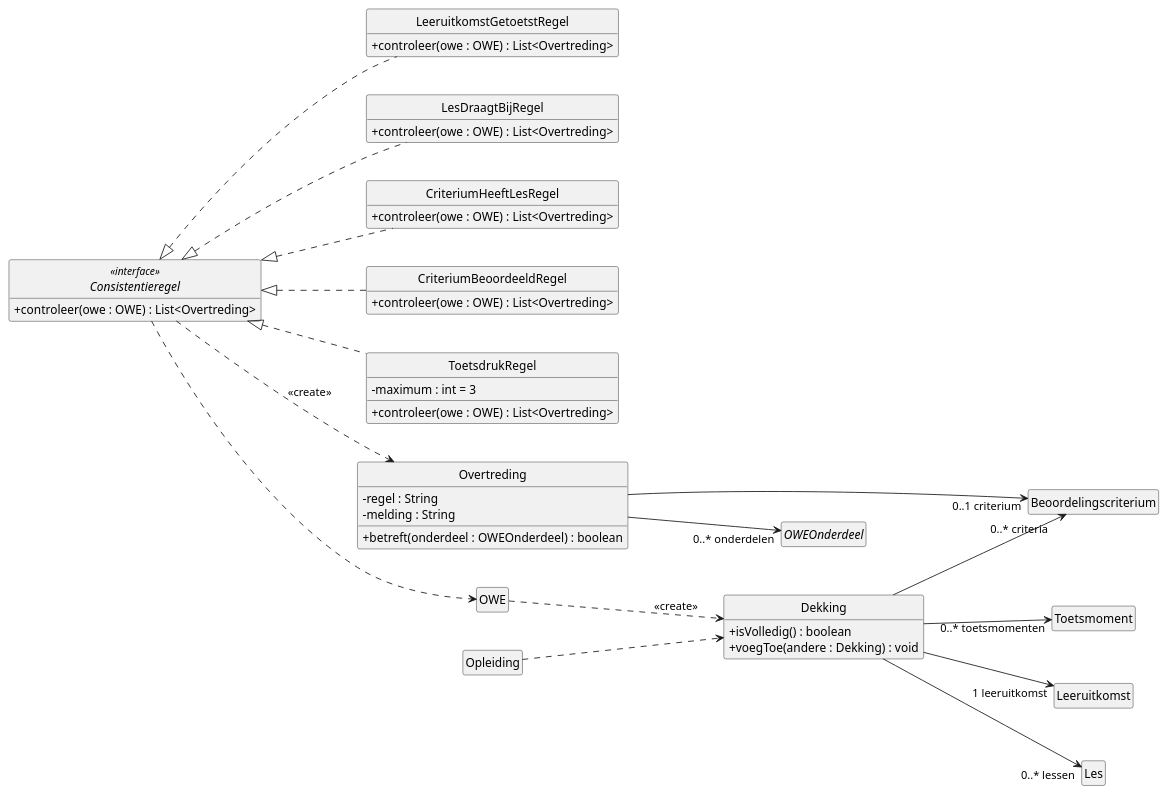
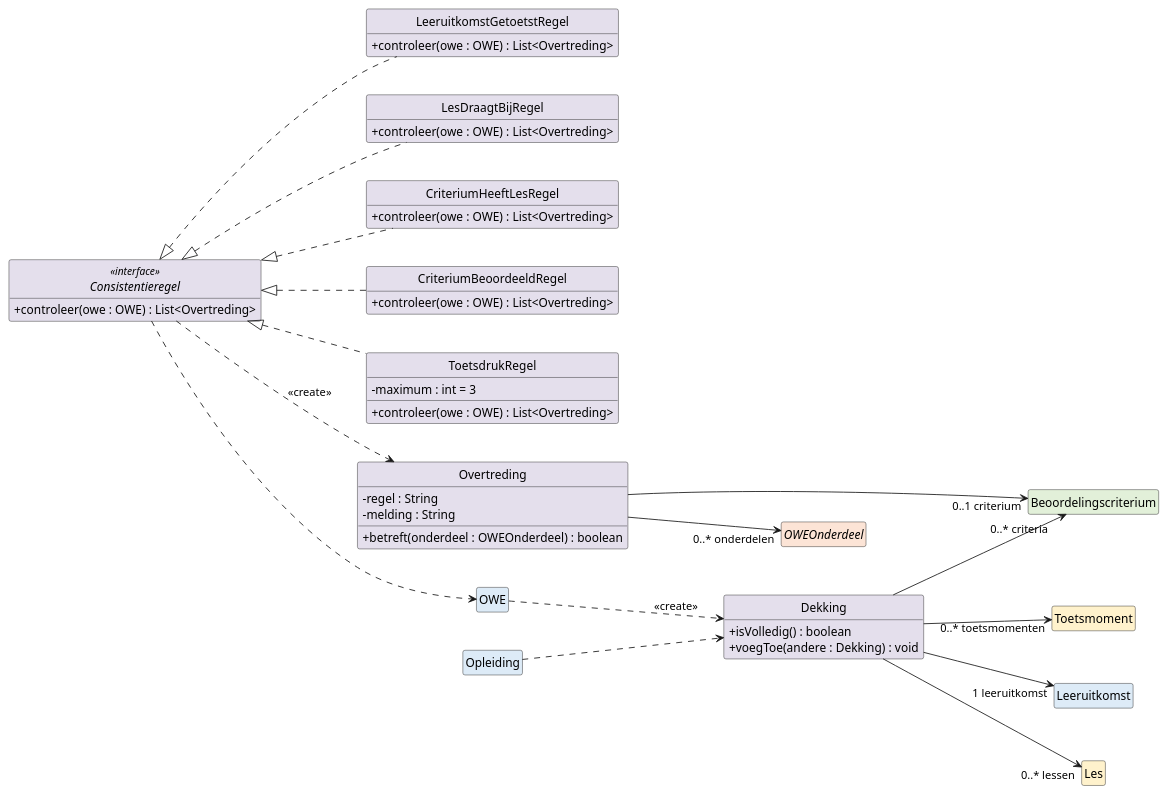
The diagram in docs/diagrams/klassendiagram-controle.puml (HAN-Craftsmanship-KL-JJG/casus), drawn with PlantUML before and after one commit. The commit also changed 12 other files, not shown here.

First line of the commit message:
docs: colour each class by the diagram that defines it

```diff
--- a/docs/diagrams/klassendiagram-controle.puml
+++ b/docs/diagrams/klassendiagram-controle.puml
@@ -1,72 +1,73 @@
 @startuml klassendiagram-controle
 ' Design class diagram van ICDE: consistentieregels en dekking (UC05, UC08).
 ' Toelichting: docs/07-klassendiagram.md
 ' OWE, Leeruitkomst, Beoordelingscriterium, Les en Toetsmoment staan volledig in
 ' de klassendiagrammen owe, rubric en planning.
+' De kleur van een klasse is de kleur van het diagram waarin ze volledig staat.
 skinparam style strictuml
 skinparam shadowing false
 skinparam defaultFontName Helvetica
 skinparam classAttributeIconSize 0
 hide empty members
 left to right direction
 skinparam nodesep 45
 
-interface Consistentieregel <<interface>> {
+interface Consistentieregel <<interface>> #E4DFEC {
   + controleer(owe : OWE) : List<Overtreding>
 }
 
-class LeeruitkomstGetoetstRegel {
+class LeeruitkomstGetoetstRegel #E4DFEC {
   + controleer(owe : OWE) : List<Overtreding>
 }
-class LesDraagtBijRegel {
+class LesDraagtBijRegel #E4DFEC {
   + controleer(owe : OWE) : List<Overtreding>
 }
-class CriteriumHeeftLesRegel {
+class CriteriumHeeftLesRegel #E4DFEC {
   + controleer(owe : OWE) : List<Overtreding>
 }
-class CriteriumBeoordeeldRegel {
+class CriteriumBeoordeeldRegel #E4DFEC {
   + controleer(owe : OWE) : List<Overtreding>
 }
-class ToetsdrukRegel {
+class ToetsdrukRegel #E4DFEC {
   - maximum : int = 3
   + controleer(owe : OWE) : List<Overtreding>
 }
 
-class Overtreding {
+class Overtreding #E4DFEC {
   - regel : String
   - melding : String
   + betreft(onderdeel : OWEOnderdeel) : boolean
 }
 
-class Dekking {
+class Dekking #E4DFEC {
   + isVolledig() : boolean
   + voegToe(andere : Dekking) : void
 }
 
-class OWE
-class Opleiding
-class Leeruitkomst
-class Beoordelingscriterium
-class Les
-class Toetsmoment
-abstract class OWEOnderdeel
+class OWE #DDEBF7
+class Opleiding #DDEBF7
+class Leeruitkomst #DDEBF7
+class Beoordelingscriterium #E2F0D9
+class Les #FFF2CC
+class Toetsmoment #FFF2CC
+abstract class OWEOnderdeel #FCE4D6
 
 Consistentieregel <|.. LeeruitkomstGetoetstRegel
 Consistentieregel <|.. LesDraagtBijRegel
 Consistentieregel <|.. CriteriumHeeftLesRegel
 Consistentieregel <|.. CriteriumBeoordeeldRegel
 Consistentieregel <|.. ToetsdrukRegel
 
 Consistentieregel ..> OWE
 Consistentieregel ..> Overtreding : <<create>>
 Overtreding --> "0..* onderdelen" OWEOnderdeel
 Overtreding --> "0..1 criterium" Beoordelingscriterium
 
 Opleiding ..> Dekking
 OWE ..> Dekking : <<create>>
 ' Langere lijnen geven de rolnamen bij Dekking ruimte.
 Dekking ---> "1 leeruitkomst" Leeruitkomst
 Dekking ---> "0..* criteria" Beoordelingscriterium
 Dekking ---> "0..* toetsmomenten" Toetsmoment
 Dekking ---> "0..* lessen" Les
 @enduml
```
